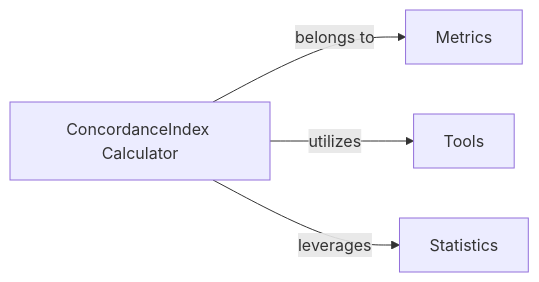
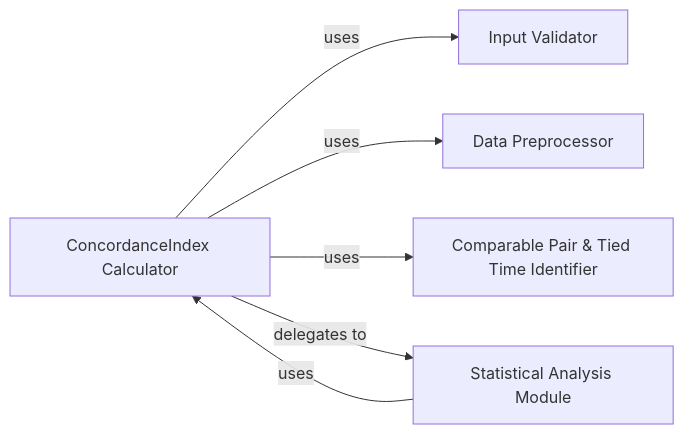
Before and after one commit to CodeBoarding/GeneratedOnBoardings: the diagram in torchsurv/ConcordanceIndex_Calculator.md, drawn with Mermaid. The commit also changed other lines of this file and 39 other files, not shown here.

````diff
--- a/torchsurv/ConcordanceIndex_Calculator.md
+++ b/torchsurv/ConcordanceIndex_Calculator.md
@@ -1,13 +1,14 @@
 ```mermaid
 graph LR
     ConcordanceIndex_Calculator["ConcordanceIndex Calculator"]
-    Metrics["Metrics"]
-    Tools["Tools"]
-    Statistics["Statistics"]
-    ConcordanceIndex_Calculator -- "belongs to" --> Metrics
-    ConcordanceIndex_Calculator -- "utilizes" --> Tools
-    ConcordanceIndex_Calculator -- "leverages" --> Statistics
+    Input_Validator["Input Validator"]
+    Data_Preprocessor["Data Preprocessor"]
+    Comparable_Pair_Tied_Time_Identifier["Comparable Pair & Tied Time Identifier"]
+    Statistical_Analysis_Module["Statistical Analysis Module"]
+    ConcordanceIndex_Calculator -- "uses" --> Input_Validator
+    ConcordanceIndex_Calculator -- "uses" --> Data_Preprocessor
+    ConcordanceIndex_Calculator -- "uses" --> Comparable_Pair_Tied_Time_Identifier
+    ConcordanceIndex_Calculator -- "delegates to" --> Statistical_Analysis_Module
+    Statistical_Analysis_Module -- "uses" --> ConcordanceIndex_Calculator
     click ConcordanceIndex_Calculator href "https://github.com/CodeBoarding/GeneratedOnBoardings/blob/main/torchsurv/ConcordanceIndex_Calculator.md" "Details"
-    click Metrics href "https://github.com/CodeBoarding/GeneratedOnBoardings/blob/main/torchsurv/Metrics.md" "Details"
-    click Statistics href "https://github.com/CodeBoarding/GeneratedOnBoardings/blob/main/torchsurv/Statistics.md" "Details"
 ```
````
